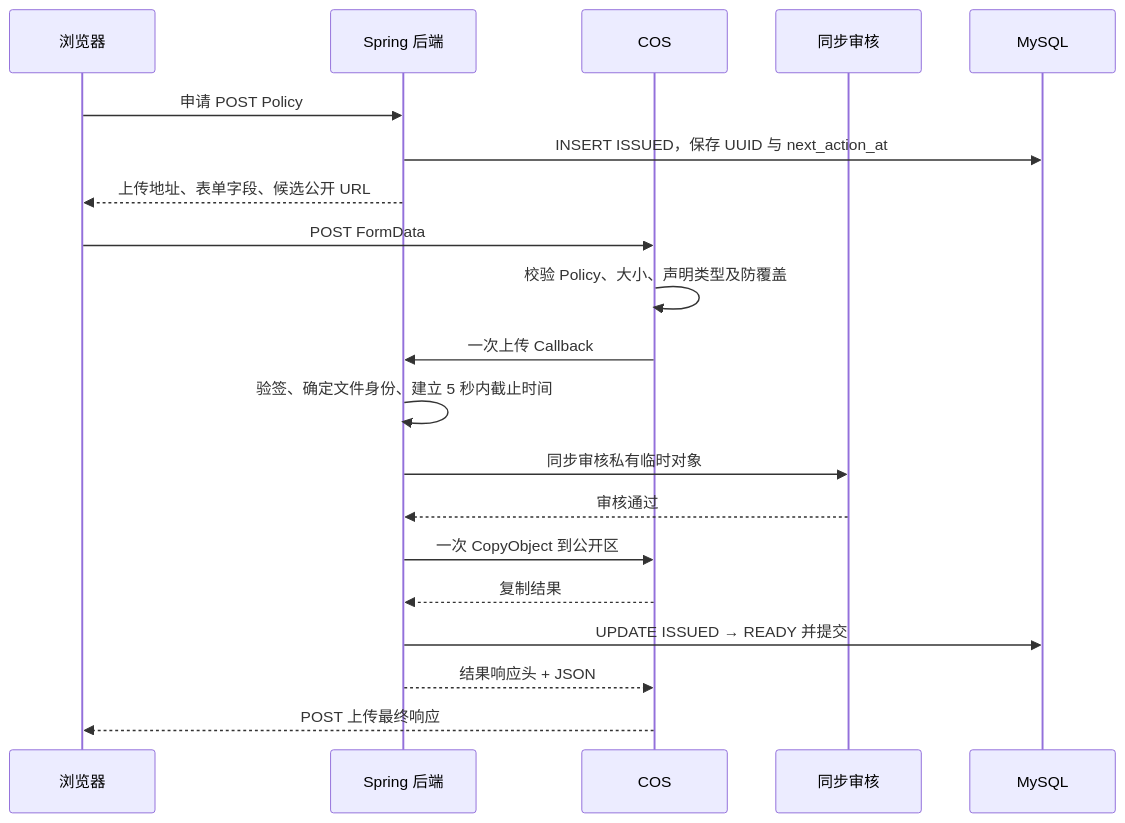
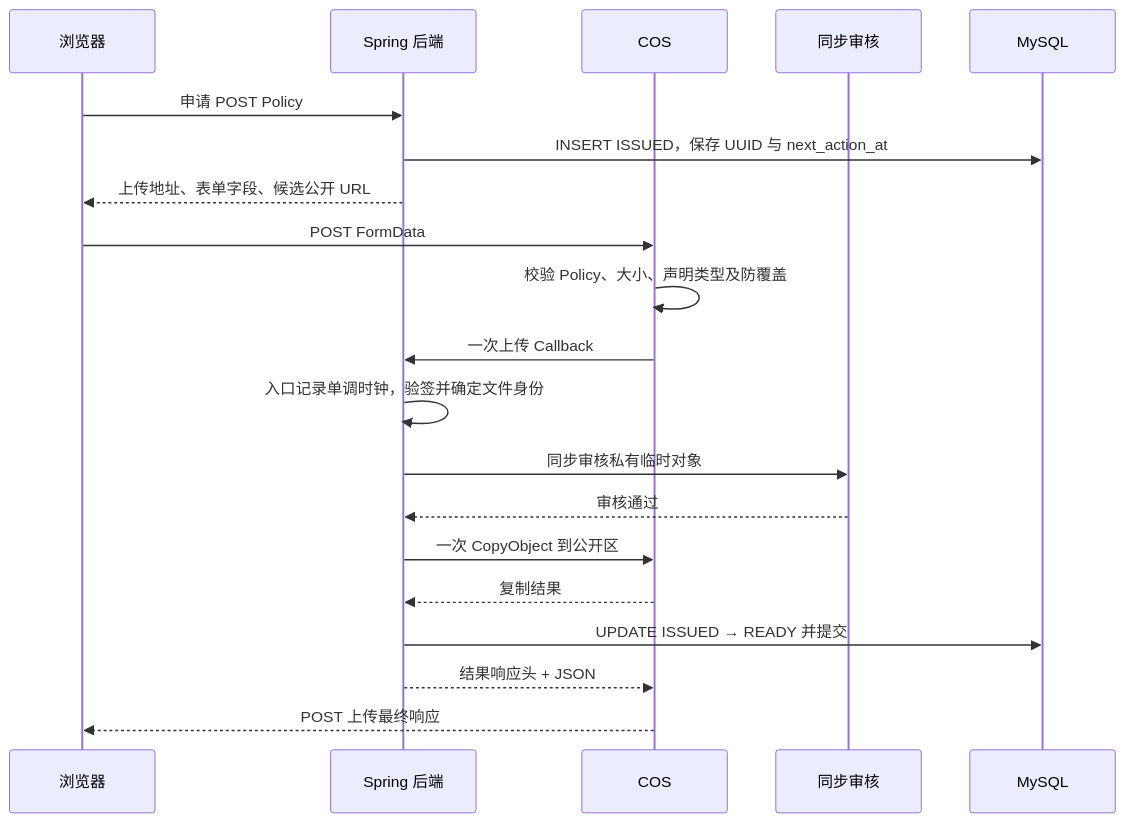
The first of 2 diagrams in docs/zh-CN/media-service-v2-design.md (Lancasteerr/easy_community), drawn with Mermaid before and after one commit. The commit also changed other lines of this file and 11 other files, not shown here.

````diff
--- a/docs/zh-CN/media-service-v2-design.md
+++ b/docs/zh-CN/media-service-v2-design.md
@@ -129,22 +129,22 @@
 ```mermaid
 sequenceDiagram
     participant B as 浏览器
     participant A as Spring 后端
     participant C as COS
     participant M as 同步审核
     participant D as MySQL
     B->>A: 申请 POST Policy
     A->>D: INSERT ISSUED，保存 UUID 与 next_action_at
     A-->>B: 上传地址、表单字段、候选公开 URL
     B->>C: POST FormData
     C->>C: 校验 Policy、大小、声明类型及防覆盖
     C->>A: 一次上传 Callback
-    A->>A: 验签、确定文件身份、建立 5 秒内截止时间
+    A->>A: 入口记录单调时钟，验签并确定文件身份
     A->>M: 同步审核私有临时对象
     M-->>A: 审核通过
     A->>C: 一次 CopyObject 到公开区
     C-->>A: 复制结果
     A->>D: UPDATE ISSUED → READY 并提交
     A-->>C: 结果响应头 + JSON
     C-->>B: POST 上传最终响应
 ```
````
